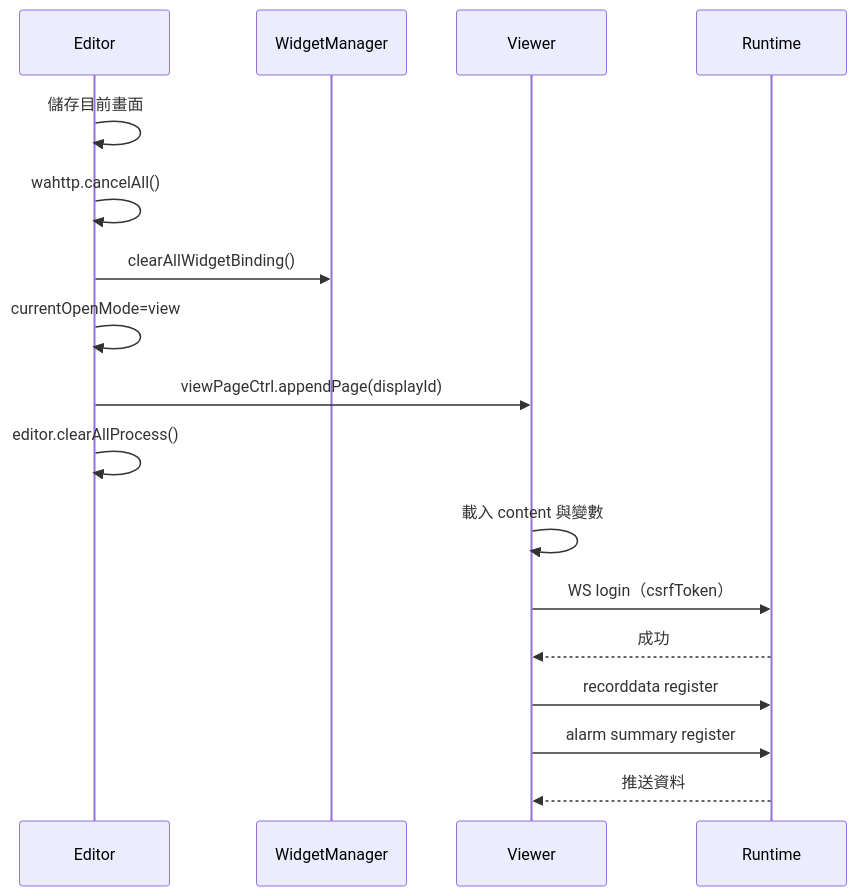
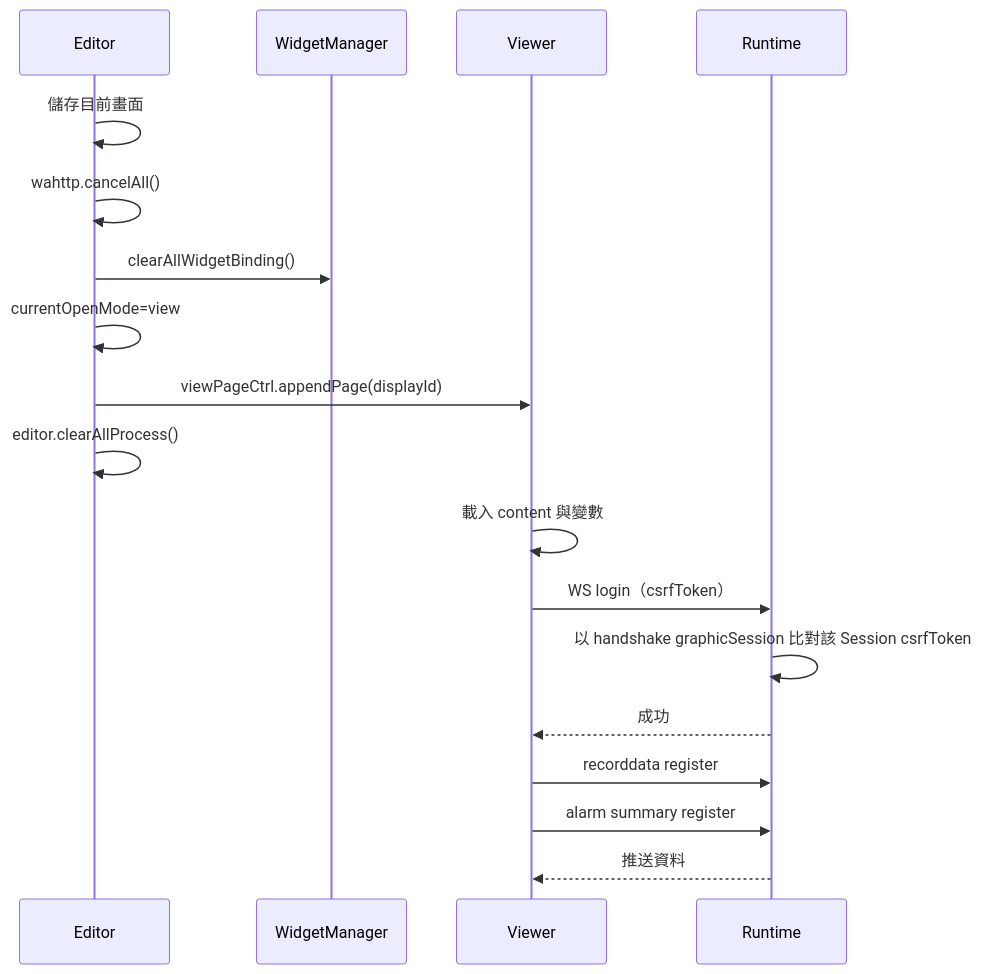
Before and after one commit to PochengChen-del/EdgeViewDoc: the fourth of 17 diagrams in SDS/09_Key_Flows.md, drawn with Mermaid. The commit also changed other lines of this file and 13 other files, not shown here.

````diff
--- a/SDS/09_Key_Flows.md
+++ b/SDS/09_Key_Flows.md
@@ -94,20 +94,21 @@
 ```mermaid
 sequenceDiagram
     participant E as Editor
     participant W as WidgetManager
     participant V as Viewer
     participant P as Runtime
 
     E->>E: 儲存目前畫面
     E->>E: wahttp.cancelAll()
     E->>W: clearAllWidgetBinding()
     E->>E: currentOpenMode=view
     E->>V: viewPageCtrl.appendPage(displayId)
     E->>E: editor.clearAllProcess()
     V->>V: 載入 content 與變數
     V->>P: WS login（csrfToken）
+    P->>P: 以 handshake graphicSession 比對該 Session csrfToken
     P-->>V: 成功
     V->>P: recorddata register
     V->>P: alarm summary register
     P-->>V: 推送資料
 ```
````
